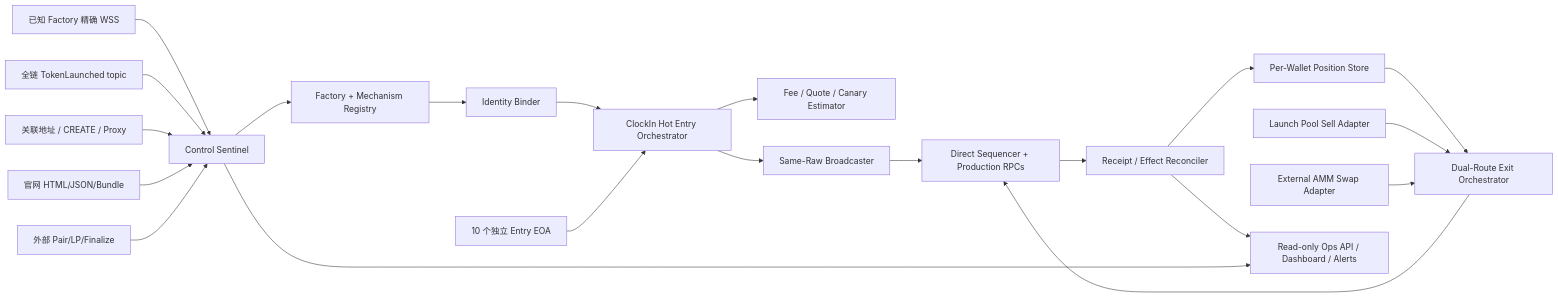
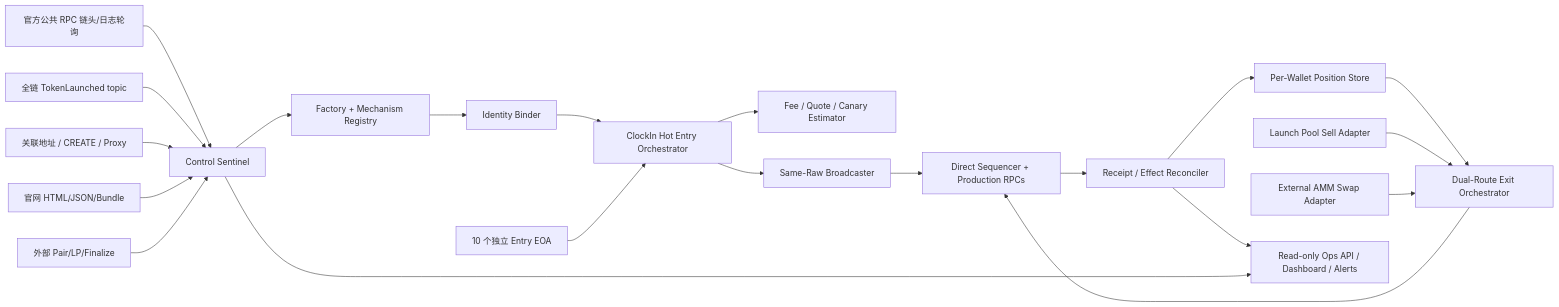
Before and after one commit to MeiYanDong/clockin-sniper: the first of 3 diagrams in docs/plan.md, drawn with Mermaid. The commit also changed other lines of this file and 21 other files, not shown here.

````diff
--- a/docs/plan.md
+++ b/docs/plan.md
@@ -232,25 +232,25 @@
 ```mermaid
 flowchart LR
-    A["已知 Factory 精确 WSS"] --> S["Control Sentinel"]
+    A["官方公共 RPC 链头/日志轮询"] --> S["Control Sentinel"]
     B["全链 TokenLaunched topic"] --> S
     C["关联地址 / CREATE / Proxy"] --> S
     D["官网 HTML/JSON/Bundle"] --> S
     E["外部 Pair/LP/Finalize"] --> S
 
     S --> R["Factory + Mechanism Registry"]
     R --> I["Identity Binder"]
     I --> H["ClockIn Hot Entry Orchestrator"]
 
     V["10 个独立 Entry EOA"] --> H
     H --> Q["Fee / Quote / Canary Estimator"]
     H --> T["Same-Raw Broadcaster"]
     T --> X["Direct Sequencer + Production RPCs"]
     X --> C1["Receipt / Effect Reconciler"]
     C1 --> P["Per-Wallet Position Store"]
     P --> O["Dual-Route Exit Orchestrator"]
     F["Launch Pool Sell Adapter"] --> O
     G["External AMM Swap Adapter"] --> O
     O --> X
     C1 --> M["Read-only Ops API / Dashboard / Alerts"]
     S --> M
 ```
````
